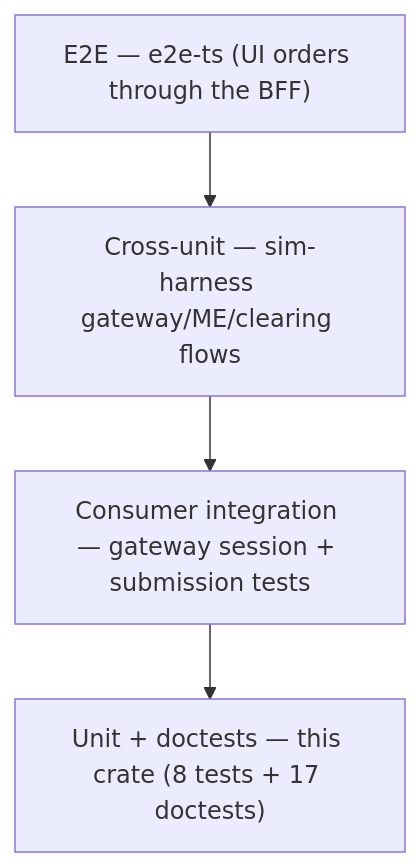
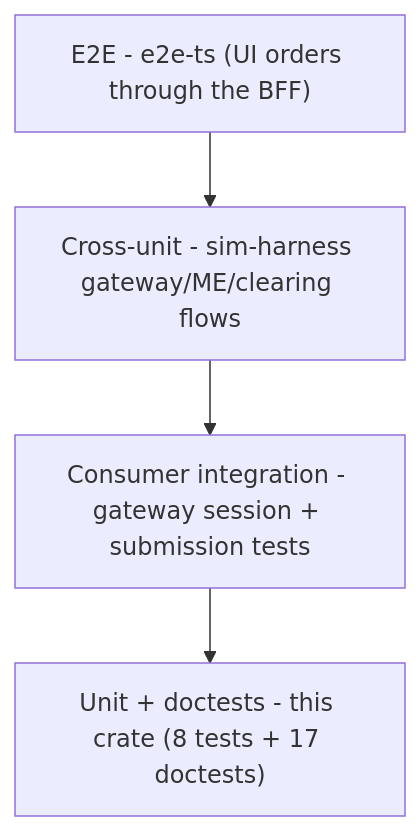
Before and after one commit to Exchange8-dev/exchange8-sdk: the fifth of 5 diagrams in crates/fix/DESIGN.md, drawn with Mermaid. The commit also changed other lines of this file and 60 other files, not shown here.

````diff
--- a/crates/fix/DESIGN.md
+++ b/crates/fix/DESIGN.md
@@ -362,11 +362,11 @@
 ```mermaid
 graph TD
-    PY["E2E — e2e-ts (UI orders through the BFF)"]
-    HAR["Cross-unit — sim-harness gateway/ME/clearing flows"]
-    INT["Consumer integration — gateway session + submission tests"]
-    UNIT["Unit + doctests — this crate (8 tests + 17 doctests)"]
+    PY["E2E - e2e-ts (UI orders through the BFF)"]
+    HAR["Cross-unit - sim-harness gateway/ME/clearing flows"]
+    INT["Consumer integration - gateway session + submission tests"]
+    UNIT["Unit + doctests - this crate (8 tests + 17 doctests)"]
 
     PY --> HAR
     HAR --> INT
     INT --> UNIT
 ```
````
